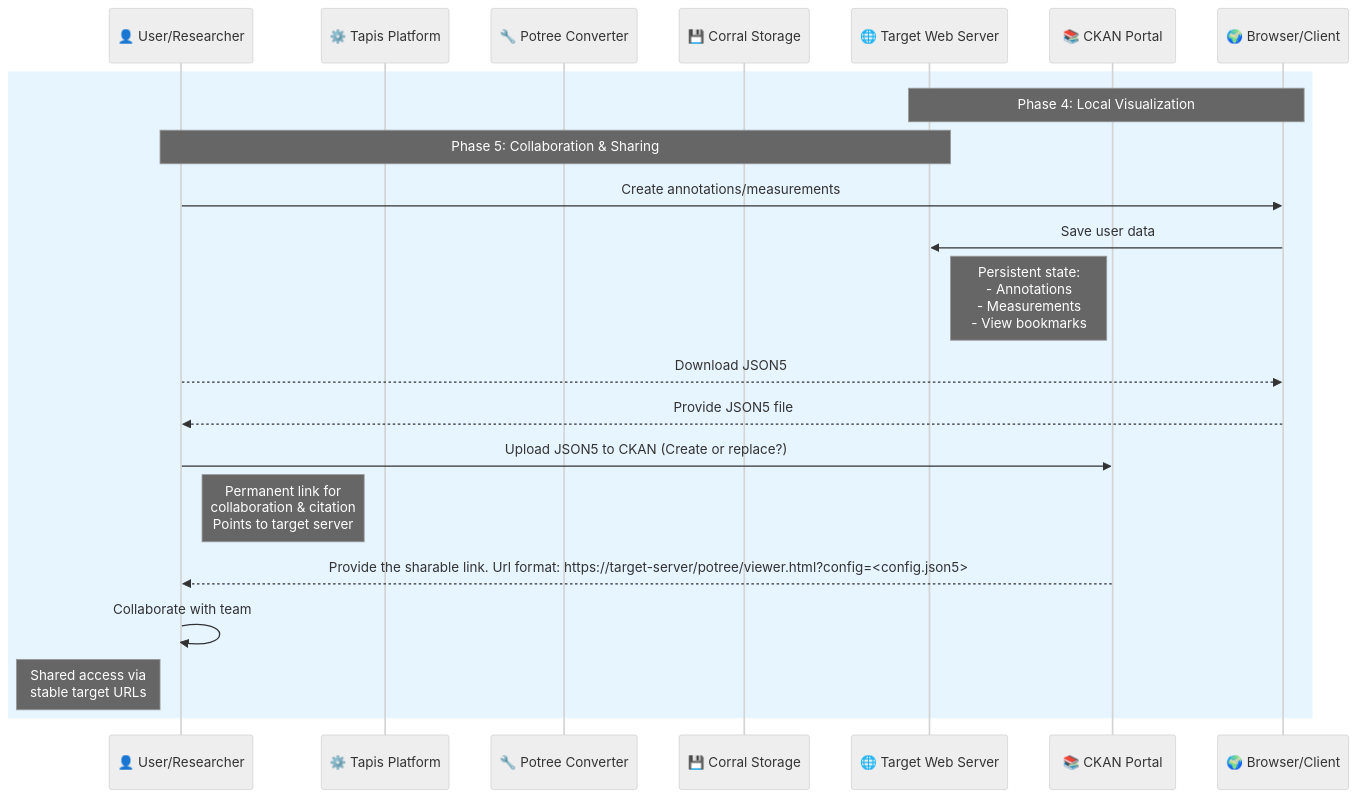
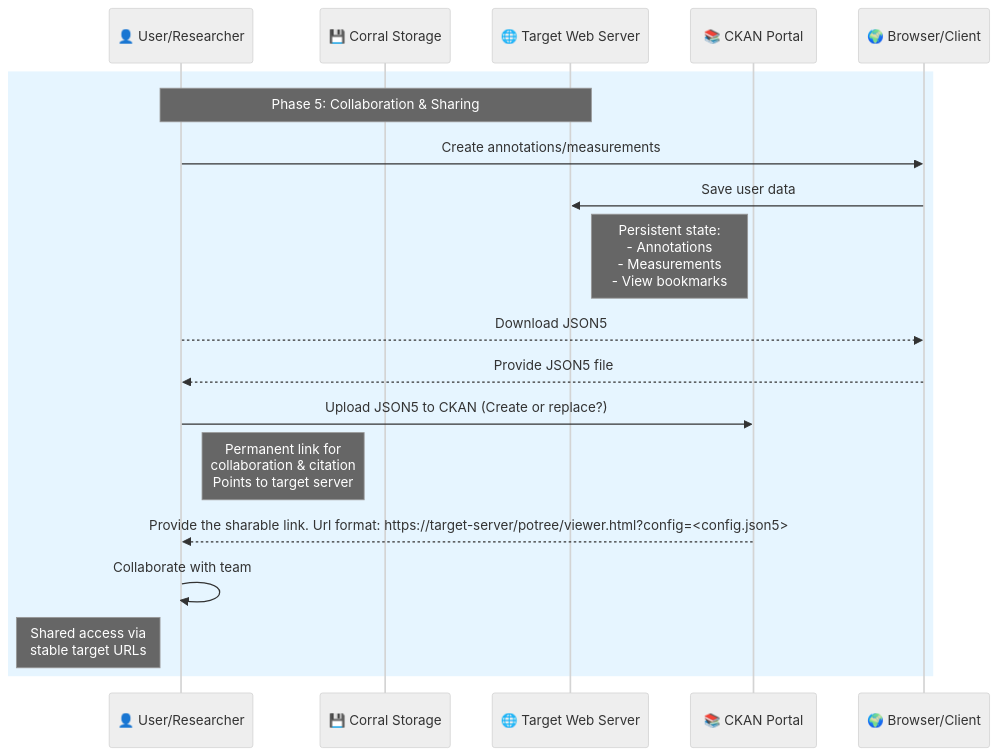
The fifth of 5 diagrams in README-pipeline.md (In-For-Disaster-Analytics/potree), drawn with Mermaid before and after one commit. The commit also changed other lines of this file, not shown here.

Commit message:
fix: update sequence diagram for DataX integration and clarify user actions

````diff
--- a/README-pipeline.md
+++ b/README-pipeline.md
@@ -338,27 +347,24 @@
 ```mermaid
 %%{ init : { "theme" : "neutral", "themeVariables" : { "primaryColor" : "#fff", "primaryTextColor" : "#000", "primaryBorderColor" : "#000", "lineColor" : "#000", "secondaryColor" : "#f8f8f8", "tertiaryColor" : "#f0f0f0" }}}%%
 sequenceDiagram
     participant User as 👤 User/Researcher
-    participant Tapis as ⚙️ Tapis Platform
-    participant Potree as 🔧 Potree Converter
     participant Corral as 💾 Corral Storage
     participant Target as 🌐 Target Web Server
     participant CKAN as 📚 CKAN Portal
     participant Browser as 🌍 Browser/Client
 
     %% Collaboration & Sharing
     rect rgb(230, 245, 255)
-        Note over Browser,Target: Phase 4: Local Visualization
         Note over User,Target: Phase 5: Collaboration & Sharing
         User->>Browser: Create annotations/measurements
         Browser->>Target: Save user data
         Note right of Target: Persistent state:<br/>- Annotations<br/>- Measurements<br/>- View bookmarks
         User-->>Browser: Download JSON5
         Browser-->>User: Provide JSON5 file
         User->>CKAN: Upload JSON5 to CKAN (Create or replace?)
         Note right of User: Permanent link for<br/>collaboration & citation<br/>Points to target server
         CKAN-->>User: Provide the sharable link. Url format: https://target-server/potree/viewer.html?config=<config.json5>
         User->>User: Collaborate with team
         Note left of User: Shared access via<br/>stable target URLs
     end
 ```
````
